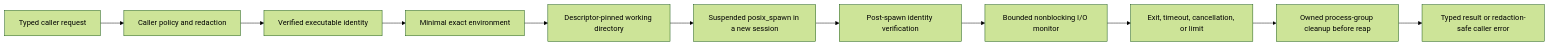
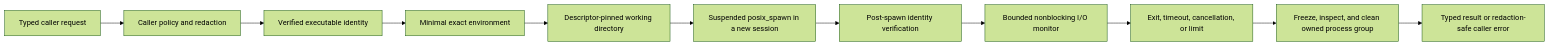
One commit to hostwright/hostwright changed the diagram in docs/reference/process-execution.md. Above: the diagram before and after it, drawn with Mermaid (forest theme). The commit also changed other lines of this file and 4 other files, not shown here.

Commit message:
fix: preserve descendant detection before cleanup

````diff
--- a/docs/reference/process-execution.md
+++ b/docs/reference/process-execution.md
@@ -9,13 +9,13 @@
 ```mermaid
 flowchart LR
     A["Typed caller request"] --> B["Caller policy and redaction"]
     B --> C["Verified executable identity"]
     C --> D["Minimal exact environment"]
     D --> E["Descriptor-pinned working directory"]
     E --> F["Suspended posix_spawn in a new session"]
     F --> G["Post-spawn identity verification"]
     G --> H["Bounded nonblocking I/O monitor"]
     H --> I["Exit, timeout, cancellation, or limit"]
-    I --> J["Owned process-group cleanup before reap"]
+    I --> J["Freeze, inspect, and clean owned process group"]
     J --> K["Typed result or redaction-safe caller error"]
 ```
````
